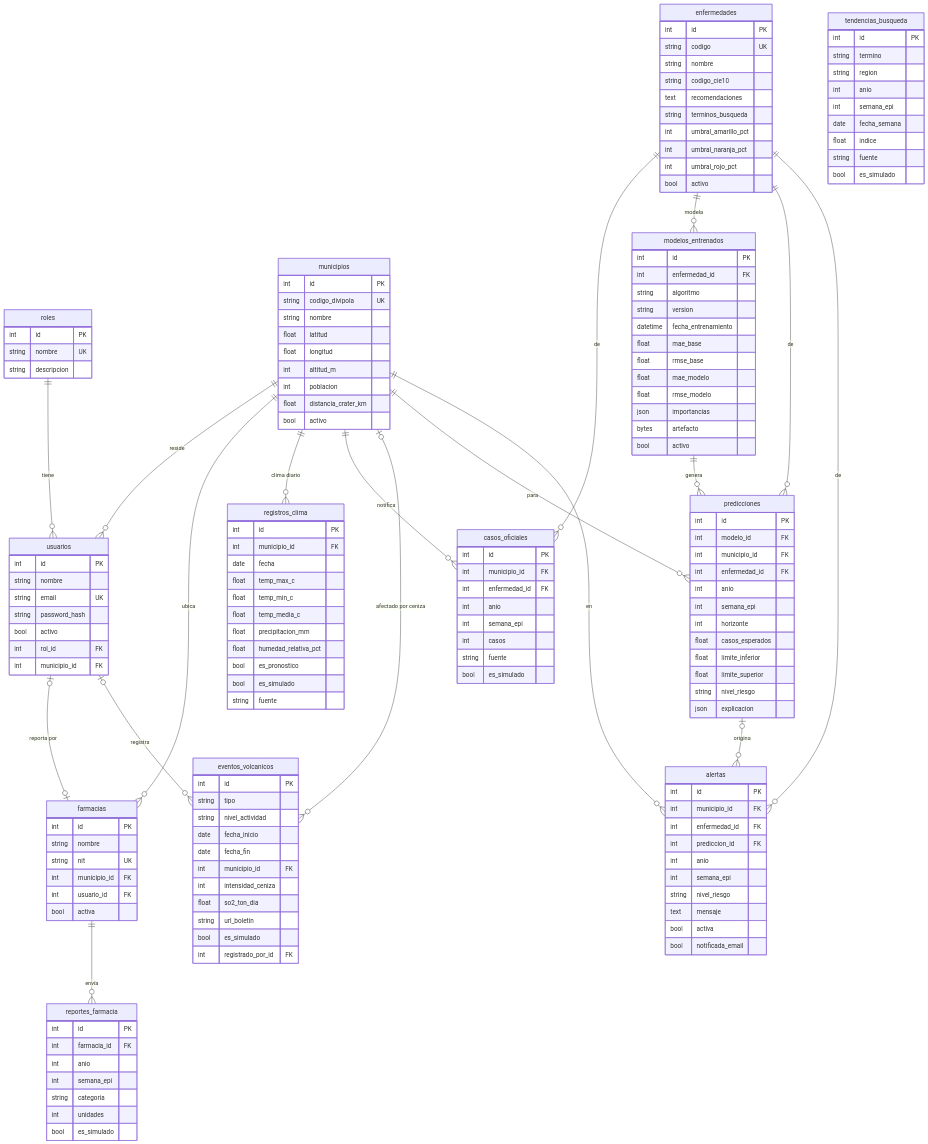
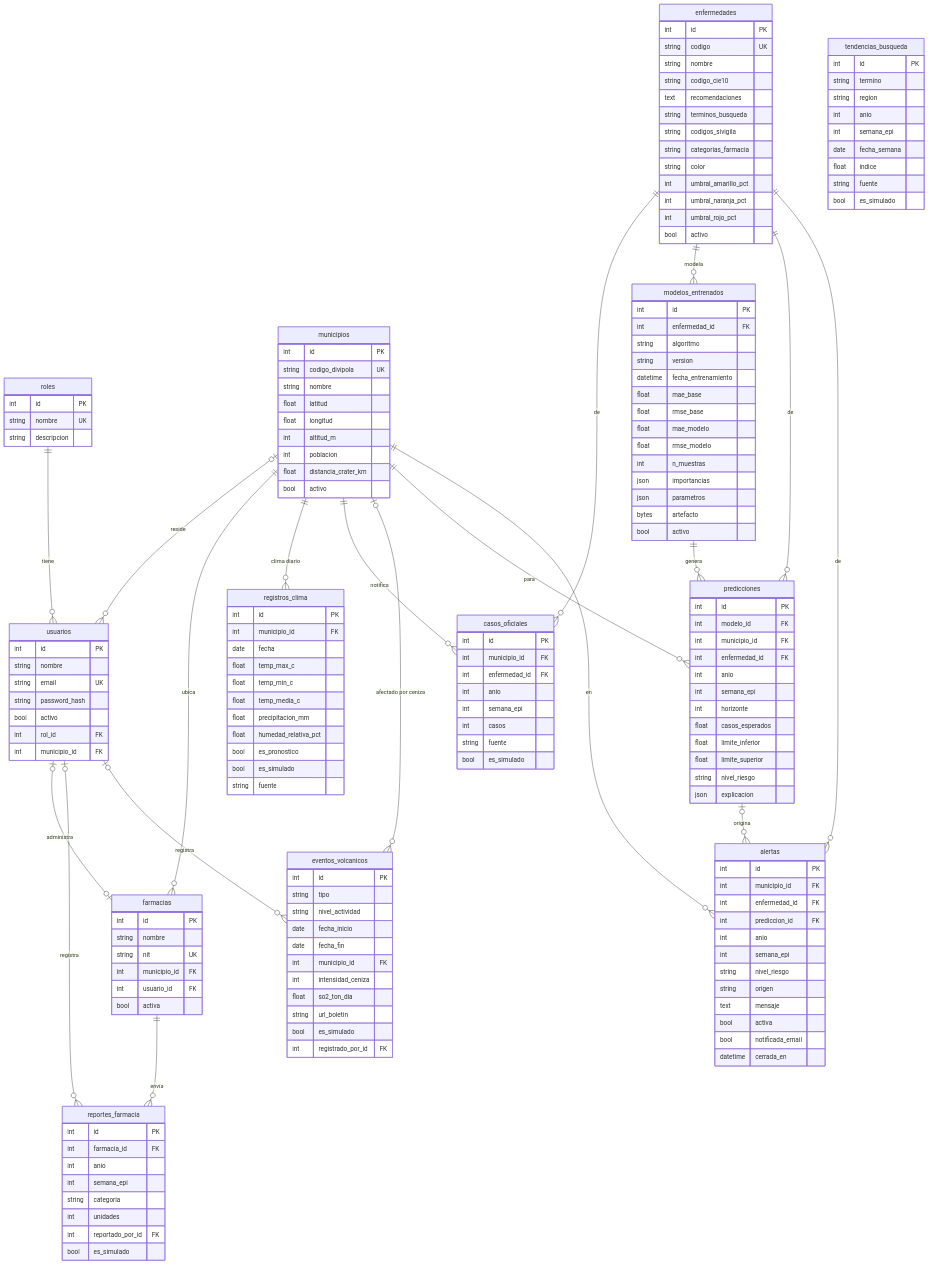
The diagram in README.md (Jhoan-Pd/volcano), drawn with Mermaid before and after one commit. The commit also changed other lines of this file, not shown here.

Commit message:
docs: README final con modelo, alertas, explicabilidad, reportes, cron, despliegue y trazabilidad

````diff
--- a/README.md
+++ b/README.md
@@ -78,34 +94,35 @@
 ```mermaid
 erDiagram
     roles ||--o{ usuarios : "tiene"
-    municipios ||--o{ usuarios : "reside"
+    municipios |o--o{ usuarios : "reside"
     municipios ||--o{ farmacias : "ubica"
-    usuarios |o--o| farmacias : "reporta por"
+    usuarios |o--o| farmacias : "administra"
     farmacias ||--o{ reportes_farmacia : "envía"
+    usuarios |o--o{ reportes_farmacia : "registra"
     municipios ||--o{ registros_clima : "clima diario"
     municipios ||--o{ casos_oficiales : "notifica"
     enfermedades ||--o{ casos_oficiales : "de"
     municipios |o--o{ eventos_volcanicos : "afectado por ceniza"
     usuarios |o--o{ eventos_volcanicos : "registra"
     enfermedades ||--o{ modelos_entrenados : "modela"
     modelos_entrenados ||--o{ predicciones : "genera"
     municipios ||--o{ predicciones : "para"
     enfermedades ||--o{ predicciones : "de"
     predicciones |o--o{ alertas : "origina"
     municipios ||--o{ alertas : "en"
     enfermedades ||--o{ alertas : "de"
 
     roles { int id PK  string nombre UK  string descripcion }
     usuarios { int id PK  string nombre  string email UK  string password_hash  bool activo  int rol_id FK  int municipio_id FK }
     municipios { int id PK  string codigo_divipola UK  string nombre  float latitud  float longitud  int altitud_m  int poblacion  float distancia_crater_km  bool activo }
-    enfermedades { int id PK  string codigo UK  string nombre  string codigo_cie10  text recomendaciones  string terminos_busqueda  int umbral_amarillo_pct  int umbral_naranja_pct  int umbral_rojo_pct  bool activo }
+    enfermedades { int id PK  string codigo UK  string nombre  string codigo_cie10  text recomendaciones  string terminos_busqueda  string codigos_sivigila  string categorias_farmacia  string color  int umbral_amarillo_pct  int umbral_naranja_pct  int umbral_rojo_pct  bool activo }
     registros_clima { int id PK  int municipio_id FK  date fecha  float temp_max_c  float temp_min_c  float temp_media_c  float precipitacion_mm  float humedad_relativa_pct  bool es_pronostico  bool es_simulado  string fuente }
     tendencias_busqueda { int id PK  string termino  string region  int anio  int semana_epi  date fecha_semana  float indice  string fuente  bool es_simulado }
     farmacias { int id PK  string nombre  string nit UK  int municipio_id FK  int usuario_id FK  bool activa }
-    reportes_farmacia { int id PK  int farmacia_id FK  int anio  int semana_epi  string categoria  int unidades  bool es_simulado }
+    reportes_farmacia { int id PK  int farmacia_id FK  int anio  int semana_epi  string categoria  int unidades  int reportado_por_id FK  bool es_simulado }
     casos_oficiales { int id PK  int municipio_id FK  int enfermedad_id FK  int anio  int semana_epi  int casos  string fuente  bool es_simulado }
     eventos_volcanicos { int id PK  string tipo  string nivel_actividad  date fecha_inicio  date fecha_fin  int municipio_id FK  int intensidad_ceniza  float so2_ton_dia  string url_boletin  bool es_simulado  int registrado_por_id FK }
-    modelos_entrenados { int id PK  int enfermedad_id FK  string algoritmo  string version  datetime fecha_entrenamiento  float mae_base  float rmse_base  float mae_modelo  float rmse_modelo  json importancias  bytes artefacto  bool activo }
+    modelos_entrenados { int id PK  int enfermedad_id FK  string algoritmo  string version  datetime fecha_entrenamiento  float mae_base  float rmse_base  float mae_modelo  float rmse_modelo  int n_muestras  json importancias  json parametros  bytes artefacto  bool activo }
     predicciones { int id PK  int modelo_id FK  int municipio_id FK  int enfermedad_id FK  int anio  int semana_epi  int horizonte  float casos_esperados  float limite_inferior  float limite_superior  string nivel_riesgo  json explicacion }
-    alertas { int id PK  int municipio_id FK  int enfermedad_id FK  int prediccion_id FK  int anio  int semana_epi  string nivel_riesgo  text mensaje  bool activa  bool notificada_email }
+    alertas { int id PK  int municipio_id FK  int enfermedad_id FK  int prediccion_id FK  int anio  int semana_epi  string nivel_riesgo  string origen  text mensaje  bool activa  bool notificada_email  datetime cerrada_en }
 ```
````
